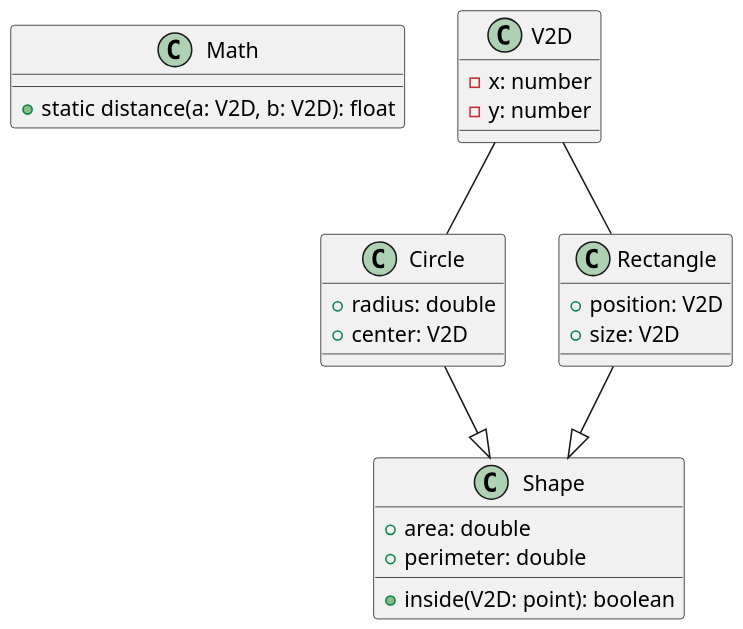
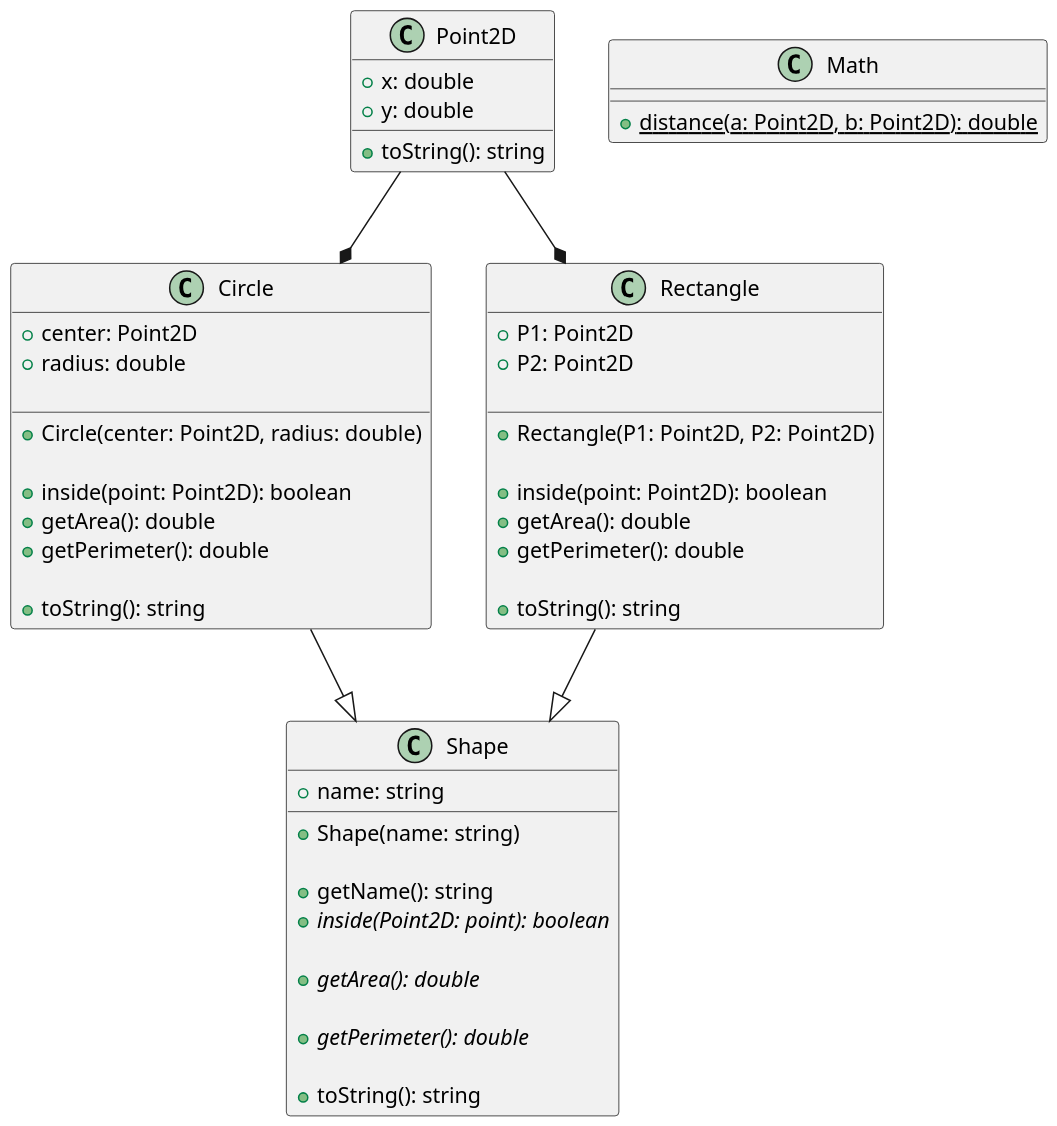
One commit to qxcodepoo/arcade changed the diagram in base/047/diagrama.puml. Above: the diagram before and after it, drawn with PlantUML. The commit also changed 7 other files, not shown here.

```diff
--- a/base/047/diagrama.puml
+++ b/base/047/diagrama.puml
@@ -2,39 +2,95 @@
 @startuml
 
 skinparam defaultFontName Hasklig
 skinparam dpi 150
 
 '==
+
+class Point2D {
+    + x: double
+    + y: double
+
+    ' gera uma string no formato
+    ' (0.00, 0.00)
+    + toString(): string
+}
+
 class Math {
-    + static distance(a: V2D, b: V2D): float
+    ' método estático para calcular a distância entre dois pontos
+    + {static} distance(a: Point2D, b: Point2D): double
 }
 
 class Shape {
-    + area: double
-    + perimeter: double
-    + inside(V2D: point): boolean
+    + name: string
+
+    + Shape(name: string)
+    
+    ' getName(): string
+    + getName(): string
+
+    ' os métodos abaixo não são implementadas
+    ' na classe Shape, apenas nas classes filhas
+
+    ' retorna se o ponto está dentro da forma
+    + {abstract} inside(Point2D: point): boolean
+
+    ' retorna a área da forma
+    + {abstract} getArea(): double
+
+    ' retorna o perímetro da forma
+    + {abstract} getPerimeter(): double
+
+    ' retorna apenas o nome
+    + toString(): string
 }
 
 class Circle {
+    + center: Point2D
     + radius: double
-    + center: V2D
+
+    __
+    ' invoca o construtor da superclasse
+    ' passando o nome Circ
+    ' guarda os outros valores nos atributos
+    ' da classe Circle
+    + Circle(center: Point2D, radius: double)
+
+    ' implementa os métodos abstratos
+    + inside(point: Point2D): boolean
+    + getArea(): double
+    + getPerimeter(): double
+
+    ' retorna o nome da classe e os valores no seguinte formato
+    ' Circ: C=(0.00, 0.00), R=0.00
+    ' O ponto deve ser gerado pelo método toString da classe Point2D
+    + toString(): string
 }
 
 class Rectangle {
-    ' posicao esquerda superior
-    + position: V2D
-    ' dimensoes
-    + size: V2D
-}
+    ' ponto superior esquerdo
+    + P1: Point2D
+    ' ponto inferior direito
+    + P2: Point2D
 
-class V2D {
-    - x: number
-    - y: number
+    __
+    ' invoca o construtor da superclasse
+    ' passando o nome Rect
+    ' inicializa o resto dos atributos
+    + Rectangle(P1: Point2D, P2: Point2D)
+
+    ' implementa os métodos abstratos
+    + inside(point: Point2D): boolean
+    + getArea(): double
+    + getPerimeter(): double
+
+    ' retorna o nome da classe e os valores no seguinte formato
+    ' Rect: P1=(0.00, 0.00) P2=(0.00, 0.00)
+    + toString(): string
 }
 
 '--
 Circle --|> Shape
 Rectangle --|> Shape
-V2D  --  Circle
-V2D  --  Rectangle
+Point2D  --*  Circle
+Point2D  --*  Rectangle
 @enduml
```
